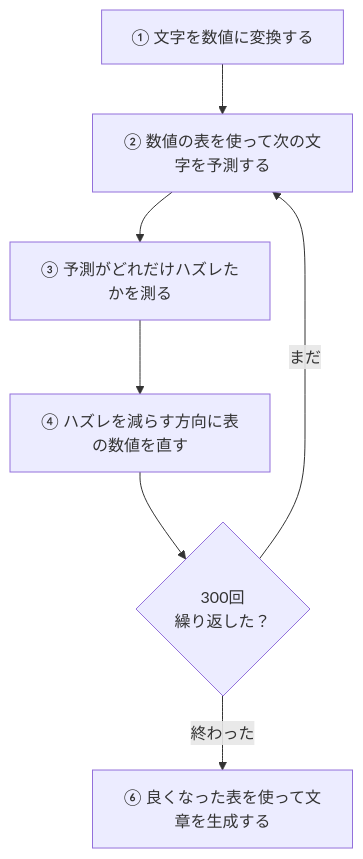
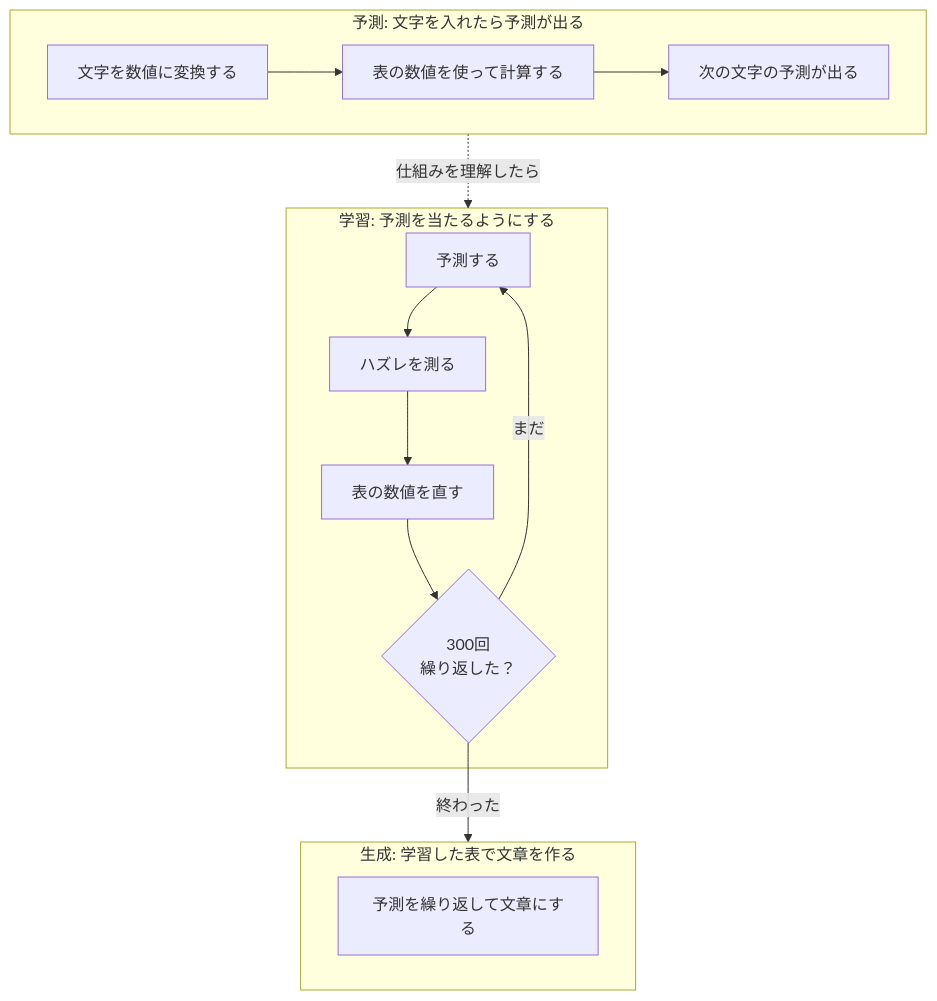
The first of 3 diagrams in README.md (tommykey0925/rawminilm), drawn with Mermaid before and after one commit. The commit also changed other lines of this file and 1 other file, not shown here.

````diff
--- a/README.md
+++ b/README.md
@@ -17,13 +19,25 @@
 ```mermaid
 flowchart TD
-    A["① 文字を数値に変換する"]
-    B["② 数値の表を使って次の文字を予測する"]
-    C["③ 予測がどれだけハズレたかを測る"]
-    D["④ ハズレを減らす方向に表の数値を直す"]
-    E{"300回<br>繰り返した？"}
-    F["⑥ 良くなった表を使って文章を生成する"]
+    subgraph 予測["予測: 文字を入れたら予測が出る"]
+        A["文字を数値に変換する"]
+        B["表の数値を使って計算する"]
+        C["次の文字の予測が出る"]
+        A --> B --> C
+    end
 
-    A --> B --> C --> D --> E
-    E -- "まだ" --> B
-    E -- "終わった" --> F
+    subgraph 学習["学習: 予測を当たるようにする"]
+        D["予測する"]
+        E["ハズレを測る"]
+        F["表の数値を直す"]
+        G{"300回<br>繰り返した？"}
+        D --> E --> F --> G
+        G -- "まだ" --> D
+    end
+
+    subgraph 生成["生成: 学習した表で文章を作る"]
+        H["予測を繰り返して文章にする"]
+    end
+
+    予測 -. "仕組みを理解したら" .-> 学習
+    G -- "終わった" --> 生成
 ```
````
